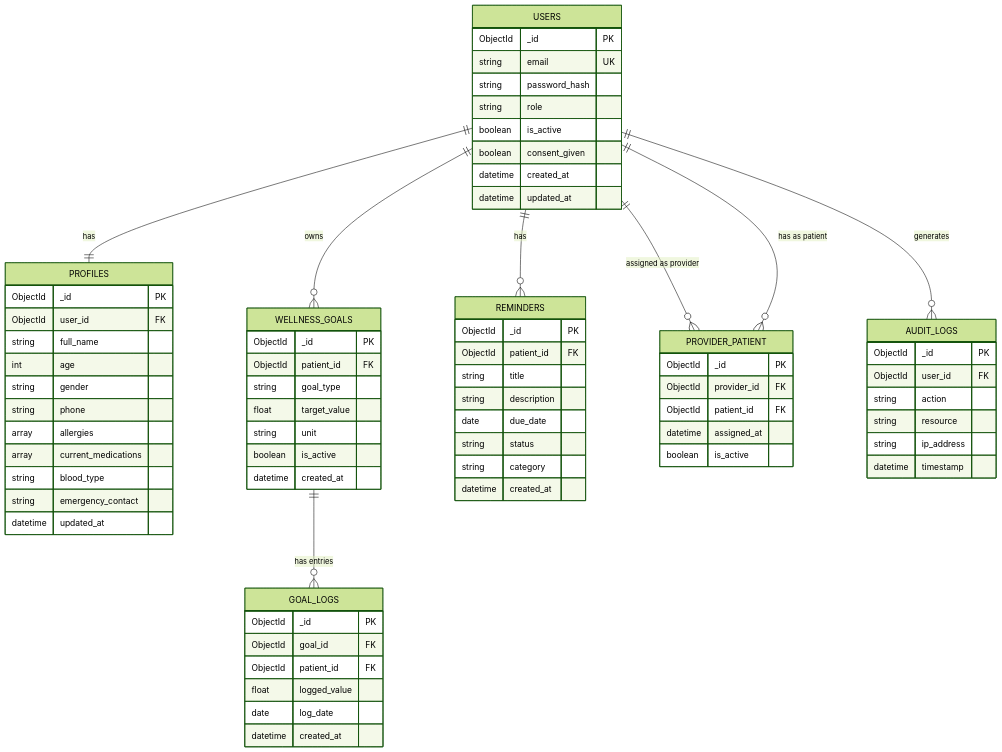
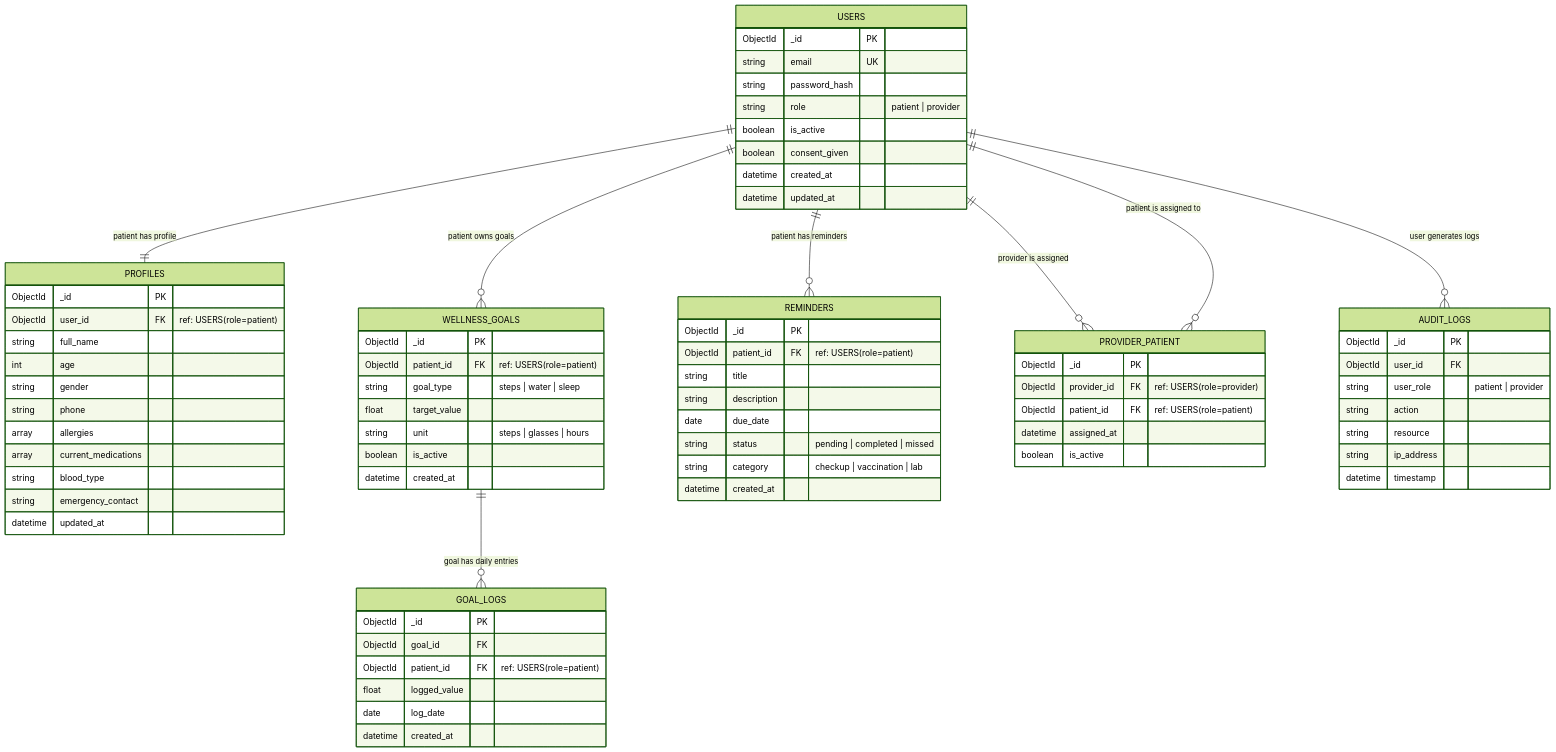
Before and after one commit to srinathk442/HCL-Healthcare-Wellness-and-Preventive-Care: the diagram in Readme.md, drawn with Mermaid (forest theme). The commit also changed other lines of this file, not shown here.

Commit message:
Update Readme with enhanced project details

````diff
--- a/Readme.md
+++ b/Readme.md
@@ -175,7 +192,7 @@
         ObjectId _id PK
         string email UK
         string password_hash
-        string role
+        string role "patient | provider"
         boolean is_active
         boolean consent_given
         datetime created_at
@@ -184,7 +201,7 @@
 
     PROFILES {
         ObjectId _id PK
-        ObjectId user_id FK
+        ObjectId user_id FK "ref: USERS(role=patient)"
         string full_name
         int age
         string gender
@@ -198,10 +215,10 @@
 
     WELLNESS_GOALS {
         ObjectId _id PK
-        ObjectId patient_id FK
-        string goal_type
+        ObjectId patient_id FK "ref: USERS(role=patient)"
+        string goal_type "steps | water | sleep"
         float target_value
-        string unit
+        string unit "steps | glasses | hours"
         boolean is_active
         datetime created_at
     }
@@ -209,7 +226,7 @@
     GOAL_LOGS {
         ObjectId _id PK
         ObjectId goal_id FK
-        ObjectId patient_id FK
+        ObjectId patient_id FK "ref: USERS(role=patient)"
         float logged_value
         date log_date
         datetime created_at
@@ -217,19 +234,19 @@
 
     REMINDERS {
         ObjectId _id PK
-        ObjectId patient_id FK
+        ObjectId patient_id FK "ref: USERS(role=patient)"
         string title
         string description
         date due_date
-        string status
-        string category
+        string status "pending | completed | missed"
+        string category "checkup | vaccination | lab"
         datetime created_at
     }
 
     PROVIDER_PATIENT {
         ObjectId _id PK
-        ObjectId provider_id FK
-        ObjectId patient_id FK
+        ObjectId provider_id FK "ref: USERS(role=provider)"
+        ObjectId patient_id FK "ref: USERS(role=patient)"
         datetime assigned_at
         boolean is_active
     }
@@ -237,17 +254,18 @@
     AUDIT_LOGS {
         ObjectId _id PK
         ObjectId user_id FK
+        string user_role "patient | provider"
         string action
         string resource
         string ip_address
         datetime timestamp
     }
 
-    USERS ||--|| PROFILES : "has"
-    USERS ||--o{ WELLNESS_GOALS : "owns"
-    USERS ||--o{ REMINDERS : "has"
-    USERS ||--o{ AUDIT_LOGS : "generates"
-    USERS ||--o{ PROVIDER_PATIENT : "assigned as provider"
-    USERS ||--o{ PROVIDER_PATIENT : "has as patient"
-    WELLNESS_GOALS ||--o{ GOAL_LOGS : "has entries"
+    USERS ||--|| PROFILES             : "patient has profile"
+    USERS ||--o{ WELLNESS_GOALS       : "patient owns goals"
+    USERS ||--o{ REMINDERS            : "patient has reminders"
+    USERS ||--o{ AUDIT_LOGS           : "user generates logs"
+    USERS ||--o{ PROVIDER_PATIENT     : "provider is assigned"
+    USERS ||--o{ PROVIDER_PATIENT     : "patient is assigned to"
+    WELLNESS_GOALS ||--o{ GOAL_LOGS   : "goal has daily entries"
 ```
````
